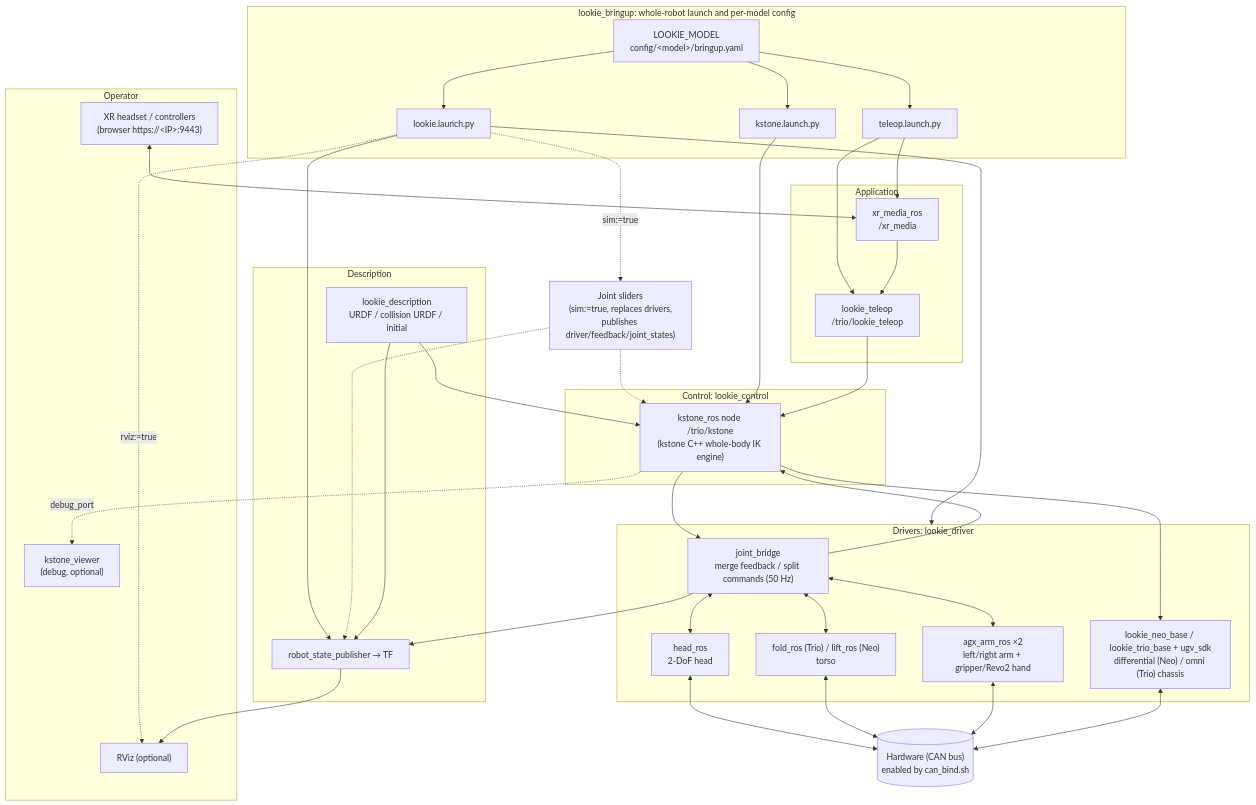
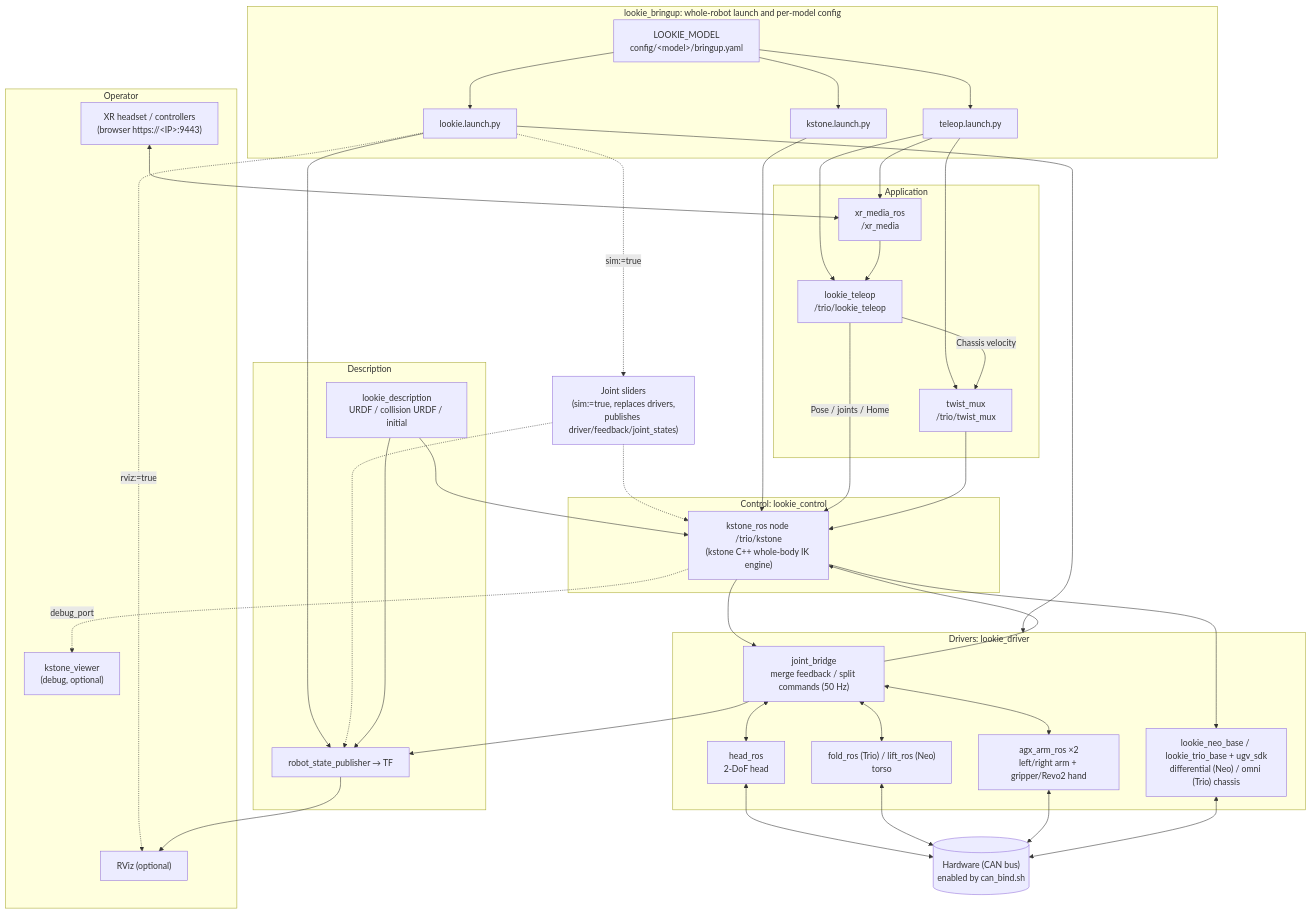
The first of 7 diagrams in docs/architecture.md (AgilexOpensource/lookie_ros), drawn with Mermaid before and after one commit. The commit also changed other lines of this file and 23 other files, not shown here.

````diff
--- a/docs/architecture.md
+++ b/docs/architecture.md
@@ -9,65 +9,67 @@
 ```mermaid
 flowchart TB
     subgraph USER["Operator"]
         HMD["XR headset / controllers<br/>(browser https://&lt;IP&gt;:9443)"]
         VIEWER["kstone_viewer<br/>(debug, optional)"]
         RVIZ["RViz (optional)"]
     end
 
     subgraph BRINGUP["lookie_bringup: whole-robot launch and per-model config"]
         MODEL["LOOKIE_MODEL<br/>config/&lt;model&gt;/bringup.yaml"]
         L1["lookie.launch.py"]
         L2["kstone.launch.py"]
         L3["teleop.launch.py"]
     end
 
     subgraph APP["Application"]
         XR["xr_media_ros<br/>/xr_media"]
         TELEOP["lookie_teleop<br/>/trio/lookie_teleop"]
+        MUX["twist_mux<br/>/trio/twist_mux"]
     end
 
     subgraph CTRL["Control: lookie_control"]
         KSTONE["kstone_ros node /trio/kstone<br/>(kstone C++ whole-body IK engine)"]
     end
 
     subgraph DRV["Drivers: lookie_driver"]
         BRIDGE["joint_bridge<br/>merge feedback / split commands (50 Hz)"]
         HEAD["head_ros<br/>2-DoF head"]
         TORSO["fold_ros (Trio) / lift_ros (Neo)<br/>torso"]
         ARM["agx_arm_ros ×2<br/>left/right arm + gripper/Revo2 hand"]
         CHASSIS["lookie_neo_base / lookie_trio_base + ugv_sdk<br/>differential (Neo) / omni (Trio) chassis"]
     end
 
     subgraph DESC["Description"]
         URDF["lookie_description<br/>URDF / collision URDF / initial"]
         RSP["robot_state_publisher → TF"]
     end
 
     SIM["Joint sliders<br/>(sim:=true, replaces drivers,<br/>publishes driver/feedback/joint_states)"]
 
     HW[("Hardware (CAN bus)<br/>enabled by can_bind.sh")]
 
     MODEL --> L1 & L2 & L3
     L1 --> DRV
     L1 --> RSP
     L1 -.sim:=true.-> SIM
     SIM -.-> KSTONE
     SIM -.-> RSP
     L1 -.rviz:=true.-> RVIZ
     L2 --> KSTONE
-    L3 --> XR & TELEOP
+    L3 --> XR & TELEOP & MUX
 
     HMD <--> XR
     XR --> TELEOP
-    TELEOP --> KSTONE
+    TELEOP -->|Pose / joints / Home| KSTONE
+    TELEOP -->|Chassis velocity| MUX --> KSTONE
     KSTONE --> BRIDGE
     KSTONE --> CHASSIS
     BRIDGE --> KSTONE
     BRIDGE <--> HEAD & TORSO & ARM
     HEAD & TORSO & ARM & CHASSIS <--> HW
     URDF --> RSP
     URDF --> KSTONE
     BRIDGE --> RSP
     RSP --> RVIZ
     KSTONE -.debug_port.-> VIEWER
 ```
````
